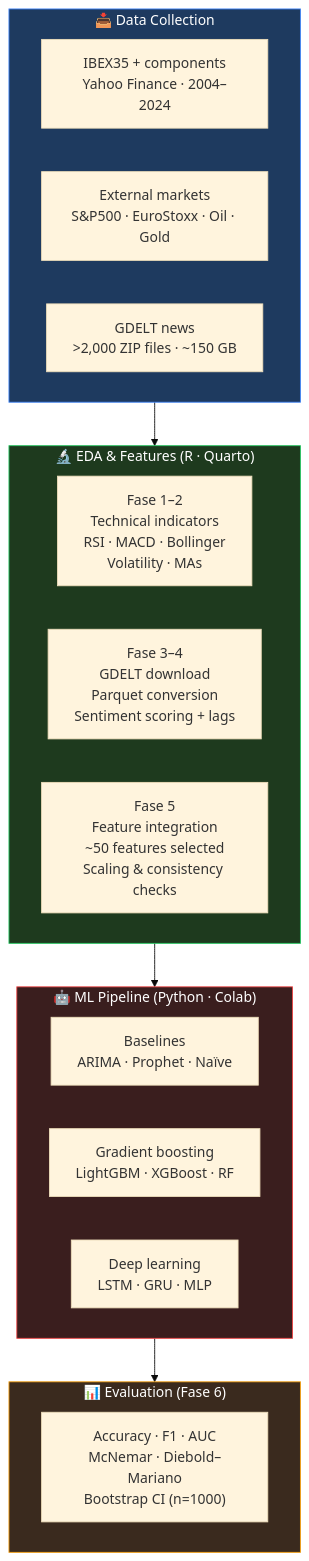
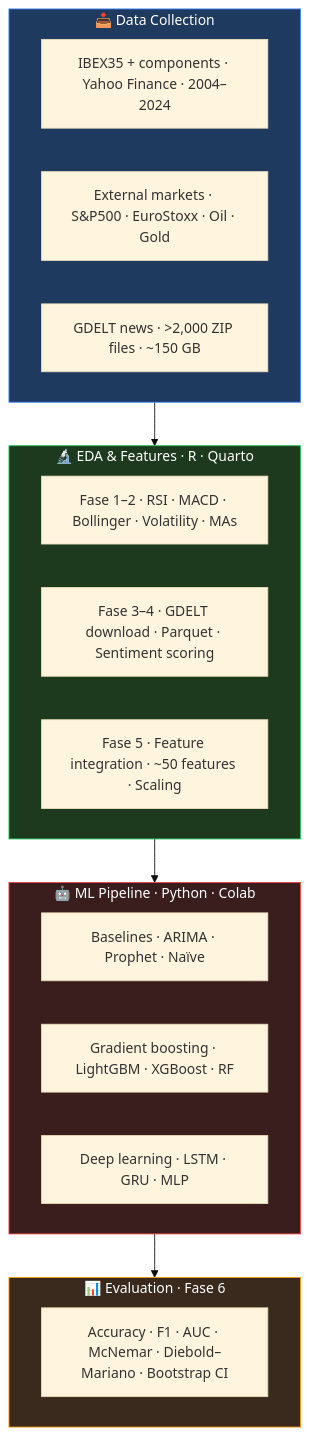
Before and after one commit to SLopezBegines/SLopezBegines.github.io: the diagram in _projects/ibex35-prediction.md, drawn with Mermaid (base theme).

Commit message:
Fix Mermaid diagram: replace \n with single-line labels

````diff
--- a/_projects/ibex35-prediction.md
+++ b/_projects/ibex35-prediction.md
@@ -38,31 +38,31 @@
 ```mermaid
 flowchart TD
     subgraph Data ["📥 Data Collection"]
-        A1["IBEX35 + components\nYahoo Finance · 2004–2024"]
-        A2["External markets\nS&P500 · EuroStoxx · Oil · Gold"]
-        A3["GDELT news\n>2,000 ZIP files · ~150 GB"]
+        A1["IBEX35 + components · Yahoo Finance · 2004–2024"]
+        A2["External markets · S&P500 · EuroStoxx · Oil · Gold"]
+        A3["GDELT news · >2,000 ZIP files · ~150 GB"]
     end
 
-    subgraph EDA ["🔬 EDA & Features (R · Quarto)"]
-        B1["Fase 1–2\nTechnical indicators\nRSI · MACD · Bollinger\nVolatility · MAs"]
-        B2["Fase 3–4\nGDELT download\nParquet conversion\nSentiment scoring + lags"]
-        B3["Fase 5\nFeature integration\n~50 features selected\nScaling & consistency checks"]
+    subgraph EDA ["🔬 EDA & Features · R · Quarto"]
+        B1["Fase 1–2 · RSI · MACD · Bollinger · Volatility · MAs"]
+        B2["Fase 3–4 · GDELT download · Parquet · Sentiment scoring"]
+        B3["Fase 5 · Feature integration · ~50 features · Scaling"]
     end
 
-    subgraph ML ["🤖 ML Pipeline (Python · Colab)"]
-        C1["Baselines\nARIMA · Prophet · Naïve"]
-        C2["Gradient boosting\nLightGBM · XGBoost · RF"]
-        C3["Deep learning\nLSTM · GRU · MLP"]
+    subgraph ML ["🤖 ML Pipeline · Python · Colab"]
+        C1["Baselines · ARIMA · Prophet · Naïve"]
+        C2["Gradient boosting · LightGBM · XGBoost · RF"]
+        C3["Deep learning · LSTM · GRU · MLP"]
     end
 
-    subgraph Eval ["📊 Evaluation (Fase 6)"]
-        D1["Accuracy · F1 · AUC\nMcNemar · Diebold–Mariano\nBootstrap CI (n=1000)"]
+    subgraph Eval ["📊 Evaluation · Fase 6"]
+        D1["Accuracy · F1 · AUC · McNemar · Diebold–Mariano · Bootstrap CI"]
     end
 
     Data --> EDA --> ML --> Eval
 
     style Data fill:#1e3a5f,color:#fff,stroke:#3b82f6
     style EDA fill:#1e3a1e,color:#fff,stroke:#22c55e
     style ML fill:#3a1e1e,color:#fff,stroke:#ef4444
     style Eval fill:#3a2a1e,color:#fff,stroke:#f59e0b
 ```
````
